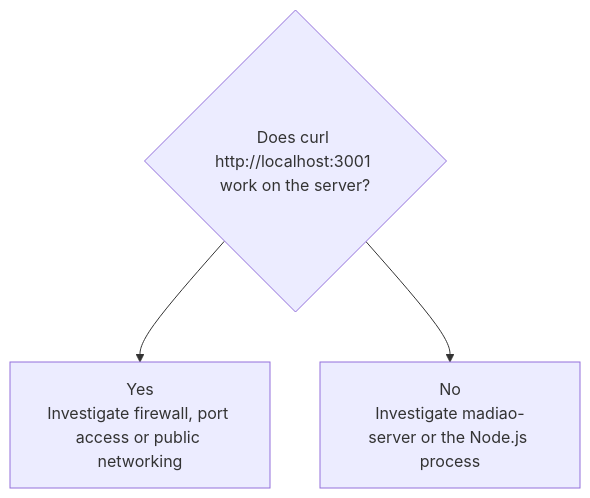
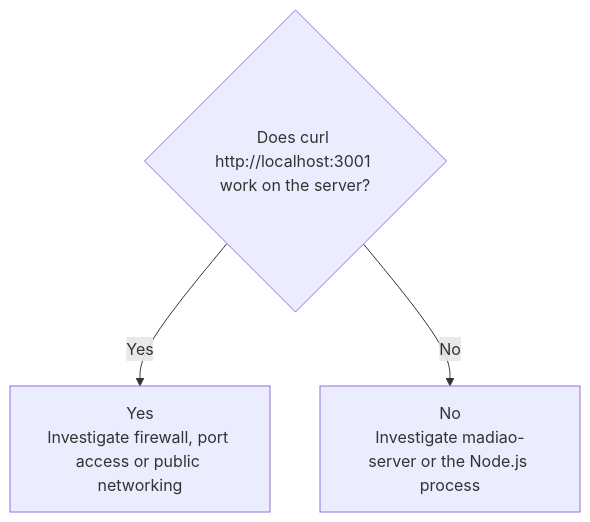
One commit to Gearsik/madiao changed the third of 7 diagrams in docs/runbook/health-checks.md. Above: the diagram before and after it, drawn with Mermaid. The commit also changed other lines of this file and 16 other files, not shown here.

````diff
--- a/docs/runbook/health-checks.md
+++ b/docs/runbook/health-checks.md
@@ -199,9 +259,9 @@
 ```mermaid
 flowchart TD
     Curl{"Does curl http://localhost:3001 work on the server?"}
     Network["Yes<br/>Investigate firewall, port access or public networking"]
     Process["No<br/>Investigate madiao-server or the Node.js process"]
 
-    Curl --> Network
-    Curl --> Process
+    Curl -->|"Yes"| Network
+    Curl -->|"No"| Process
 ```
````
